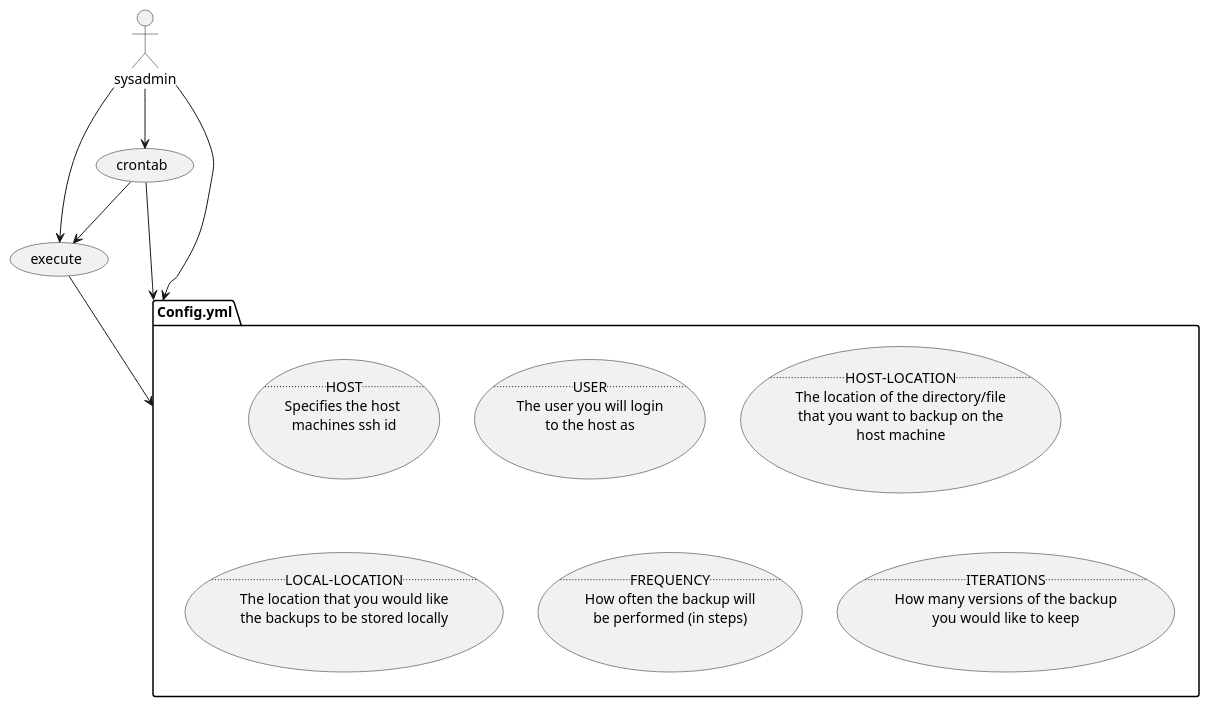
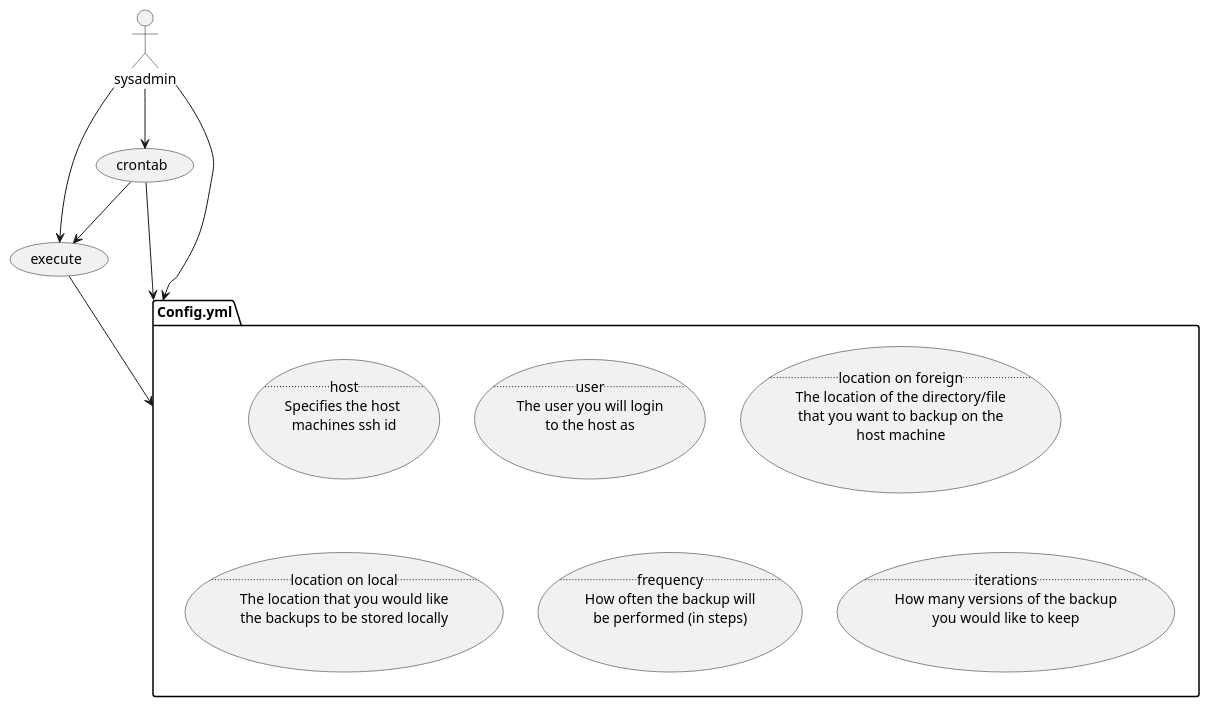
The diagram in diagrams/use-case-diagram.iuml (NCAS-CMS/backup-utils), drawn with PlantUML before and after one commit. The commit also changed 3 other files, not shown here.

```diff
--- a/diagrams/use-case-diagram.iuml
+++ b/diagrams/use-case-diagram.iuml
@@ -1,33 +1,33 @@
 @startuml use-case-diagram
 usecase crontab
 usecase execute
 actor sysadmin as sys
 package Config.yml {
-    usecase h as "..HOST..
+    usecase h as "..host..
     Specifies the host 
     machines ssh id"
-    usecase u as "..USER..
+    usecase u as "..user..
     The user you will login
     to the host as"
-    usecase v as "..HOST-LOCATION..
+    usecase v as "..location on foreign..
     The location of the directory/file
     that you want to backup on the
     host machine"
-    usecase l as "..LOCAL-LOCATION..
+    usecase l as "..location on local..
     The location that you would like
     the backups to be stored locally"
-    usecase f as "..FREQUENCY..
+    usecase f as "..frequency..
     How often the backup will
     be performed (in steps)"
-    usecase i as "..ITERATIONS..
+    usecase i as "..iterations..
     How many versions of the backup
     you would like to keep"
 }
 
 sys --> Config.yml
 sys --> crontab
 sys --> execute
 crontab --> execute
 crontab --> Config.yml
 execute --> Config.yml
 @enduml
```
